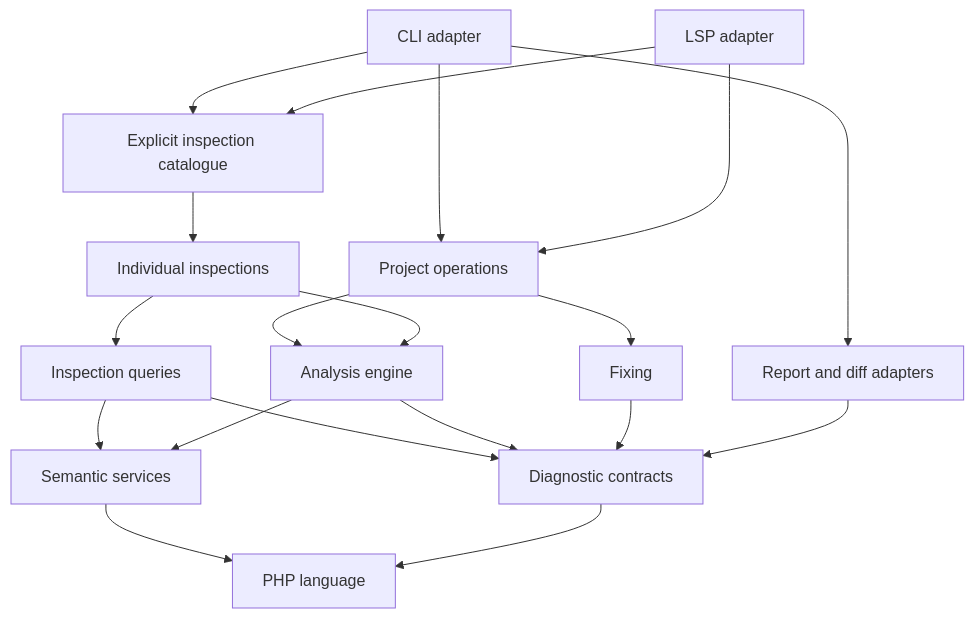
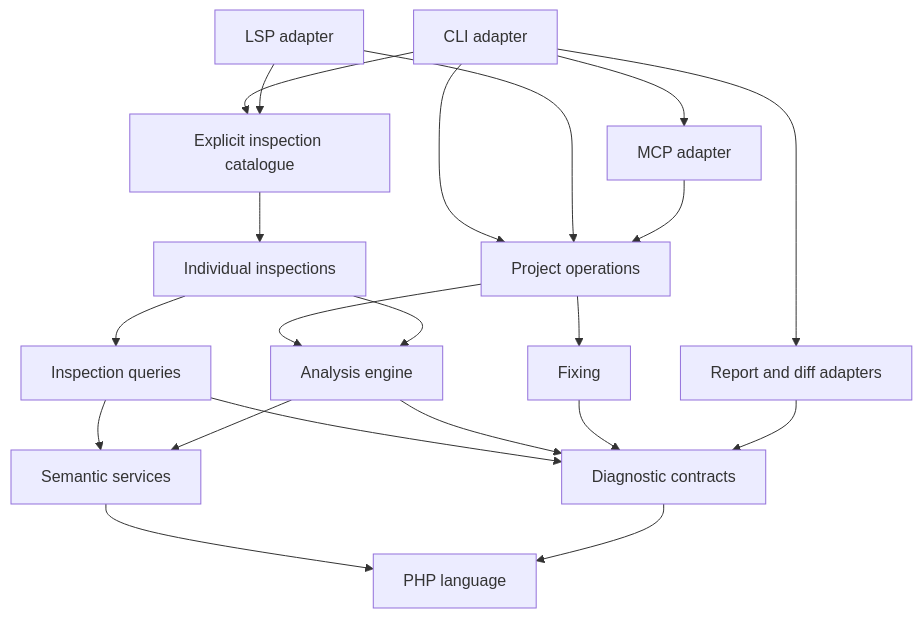
Before and after one commit to janalis/custos: the diagram in docs/contributing/architecture.md, drawn with Mermaid. The commit also changed other lines of this file and 12 other files, not shown here.

````diff
--- a/docs/contributing/architecture.md
+++ b/docs/contributing/architecture.md
@@ -34,21 +34,23 @@
 ```mermaid
 flowchart TD
     CLI[CLI adapter] --> Project[Project operations]
     LSP[LSP adapter] --> Project
+    MCP[MCP adapter] --> Project
+    CLI --> MCP
     CLI --> Output[Report and diff adapters]
     CLI --> Catalogue[Explicit inspection catalogue]
     LSP --> Catalogue
     Catalogue --> Rules[Individual inspections]
     Project --> Analysis[Analysis engine]
     Project --> Fixing[Fixing]
     Rules --> Analysis
     Rules --> Queries[Inspection queries]
     Queries --> Semantic[Semantic services]
     Queries --> Diagnostic[Diagnostic contracts]
     Analysis --> Semantic
     Semantic --> PHP[PHP language]
     Analysis --> Diagnostic
     Fixing --> Diagnostic
     Output --> Diagnostic
     Diagnostic --> PHP
 ```
````
